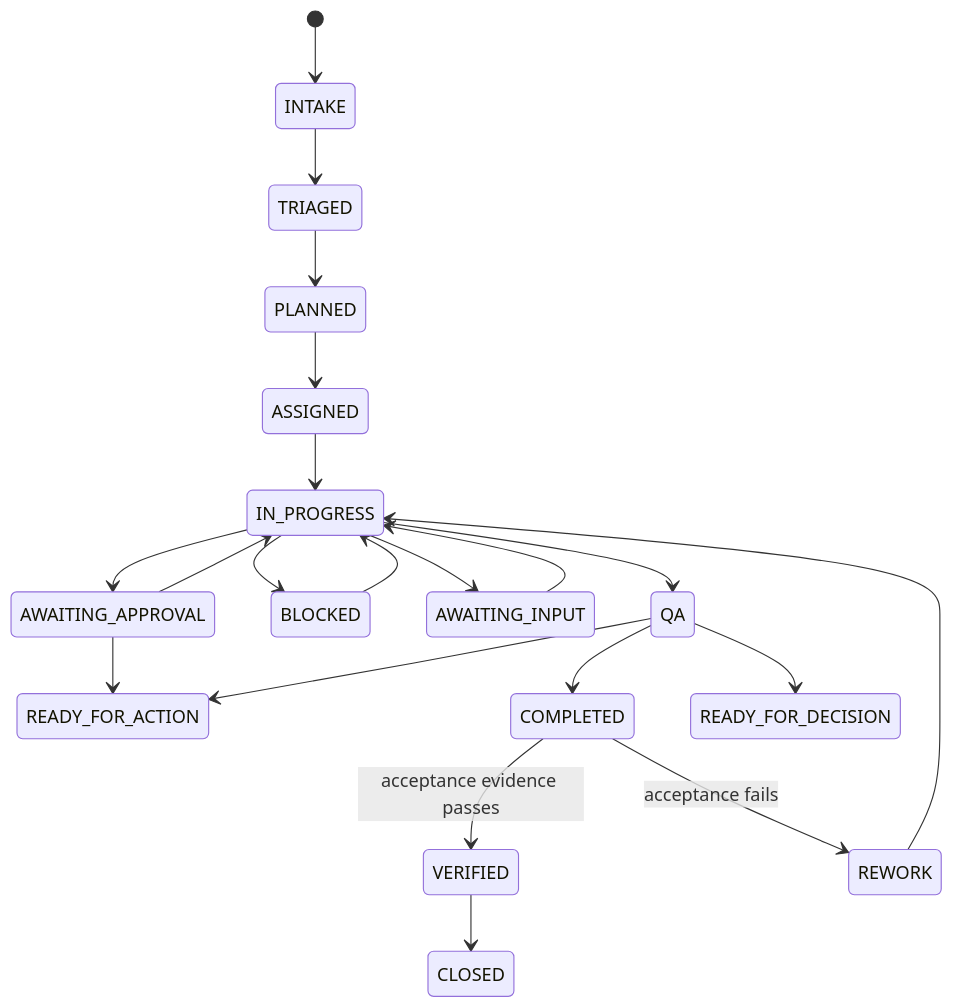
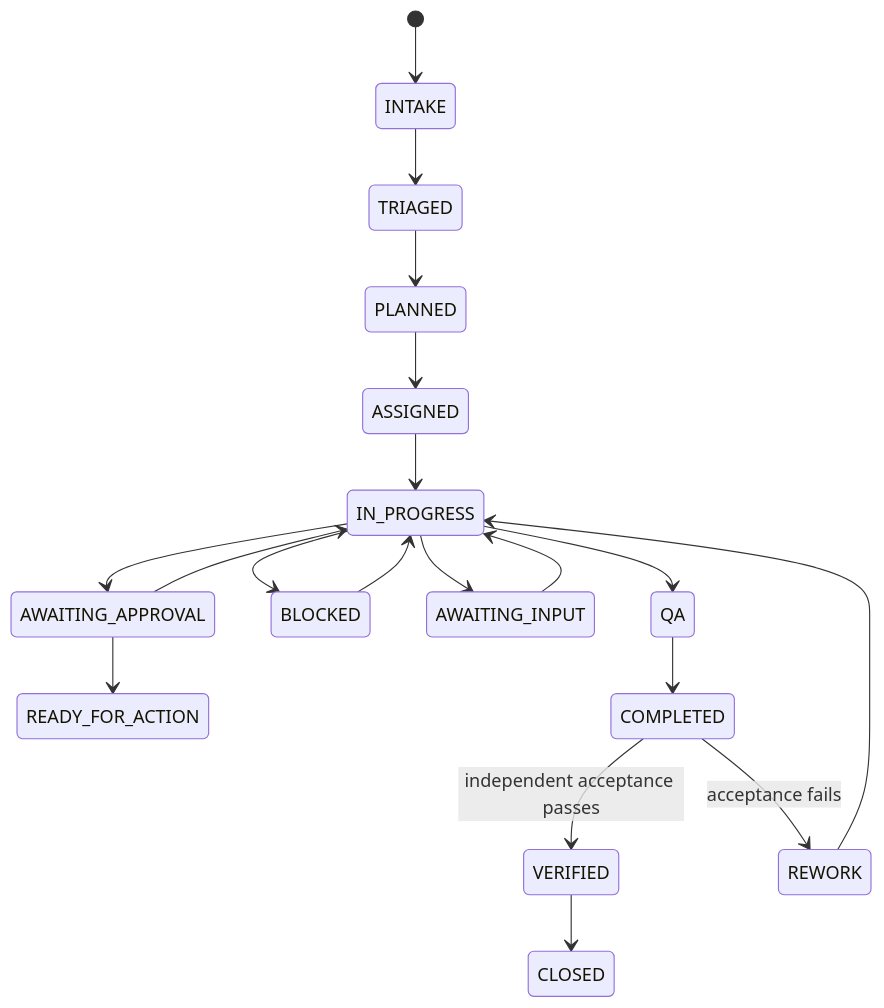
The fourth of 5 diagrams in README.md (mkleinbe/mesh-ai-agent-cos-universe), drawn with Mermaid before and after one commit. The commit also changed other lines of this file, not shown here.

````diff
--- a/README.md
+++ b/README.md
@@ -164,23 +156,21 @@
 ```mermaid
 stateDiagram-v2
     [*] --> INTAKE
     INTAKE --> TRIAGED
     TRIAGED --> PLANNED
     PLANNED --> ASSIGNED
     ASSIGNED --> IN_PROGRESS
     IN_PROGRESS --> QA
     IN_PROGRESS --> BLOCKED
     IN_PROGRESS --> AWAITING_INPUT
     IN_PROGRESS --> AWAITING_APPROVAL
     BLOCKED --> IN_PROGRESS
     AWAITING_INPUT --> IN_PROGRESS
     AWAITING_APPROVAL --> READY_FOR_ACTION
     AWAITING_APPROVAL --> IN_PROGRESS
     QA --> COMPLETED
-    QA --> READY_FOR_DECISION
-    QA --> READY_FOR_ACTION
-    COMPLETED --> VERIFIED: acceptance evidence passes
+    COMPLETED --> VERIFIED: independent acceptance passes
     COMPLETED --> REWORK: acceptance fails
     REWORK --> IN_PROGRESS
     VERIFIED --> CLOSED
 ```
````
